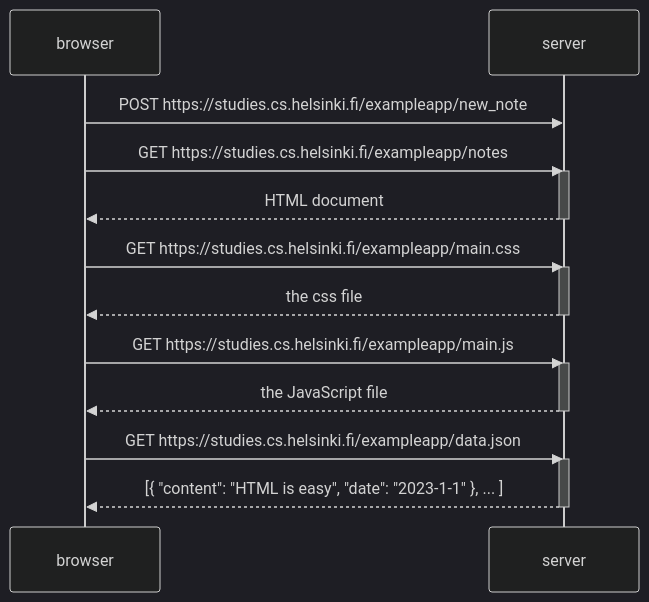
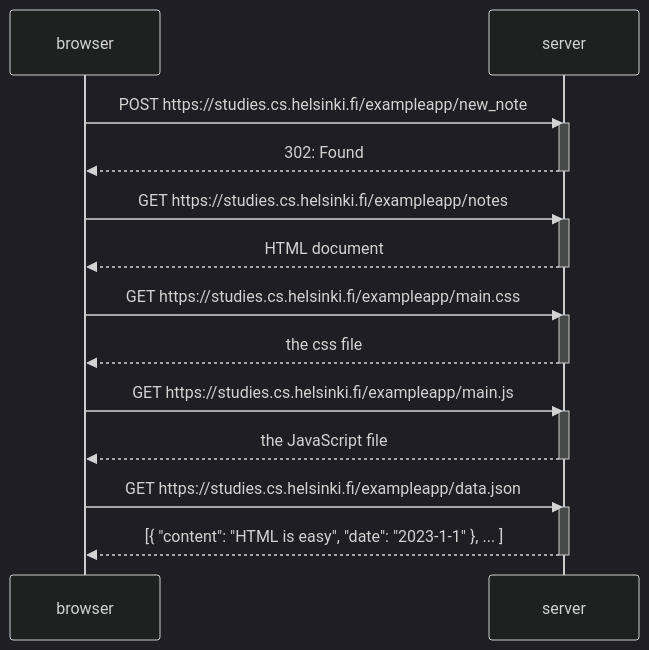
The diagram in part0/0.4 New note diagram.md (otaviopiton/Fullstackopen_submissions), drawn with Mermaid (dark theme) before and after one commit.

Commit message:
Update note diagram with new interactions

````diff
--- a/part0/0.4 New note diagram.md
+++ b/part0/0.4 New note diagram.md
@@ -1,27 +1,30 @@
 ```mermaid
 sequenceDiagram
     participant browser
     participant server
 
     browser->>server: POST https://studies.cs.helsinki.fi/exampleapp/new_note
+    activate server
+    server-->>browser: 302: Found
+    deactivate server
 
     browser->>server: GET https://studies.cs.helsinki.fi/exampleapp/notes
     activate server
     server-->>browser: HTML document
     deactivate server
 
     browser->>server: GET https://studies.cs.helsinki.fi/exampleapp/main.css
     activate server
     server-->>browser: the css file
     deactivate server
 
     browser->>server: GET https://studies.cs.helsinki.fi/exampleapp/main.js
     activate server
     server-->>browser: the JavaScript file
     deactivate server
 
     browser->>server: GET https://studies.cs.helsinki.fi/exampleapp/data.json
     activate server
     server-->>browser: [{ "content": "HTML is easy", "date": "2023-1-1" }, ... ]
     deactivate server
 ```
````
